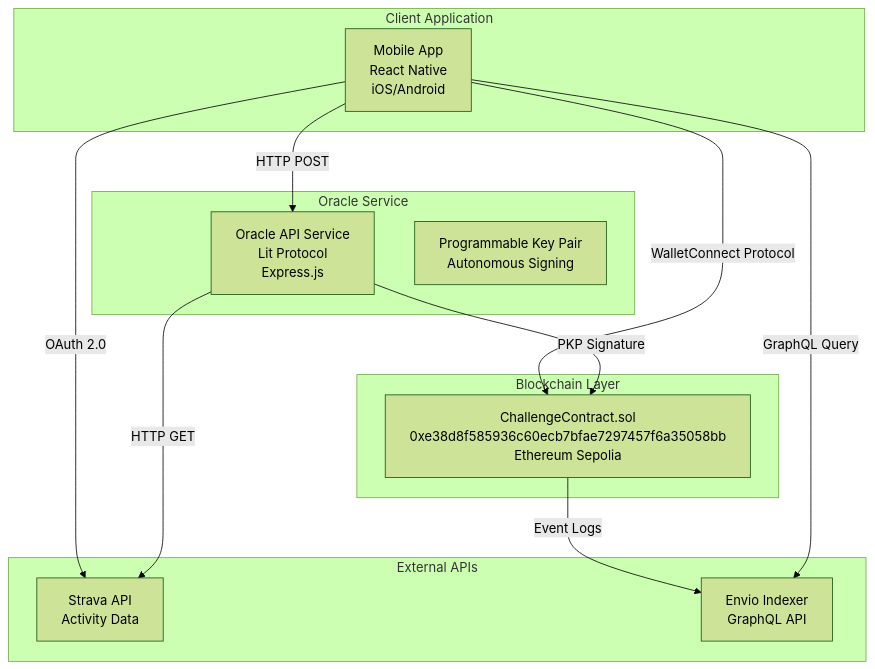
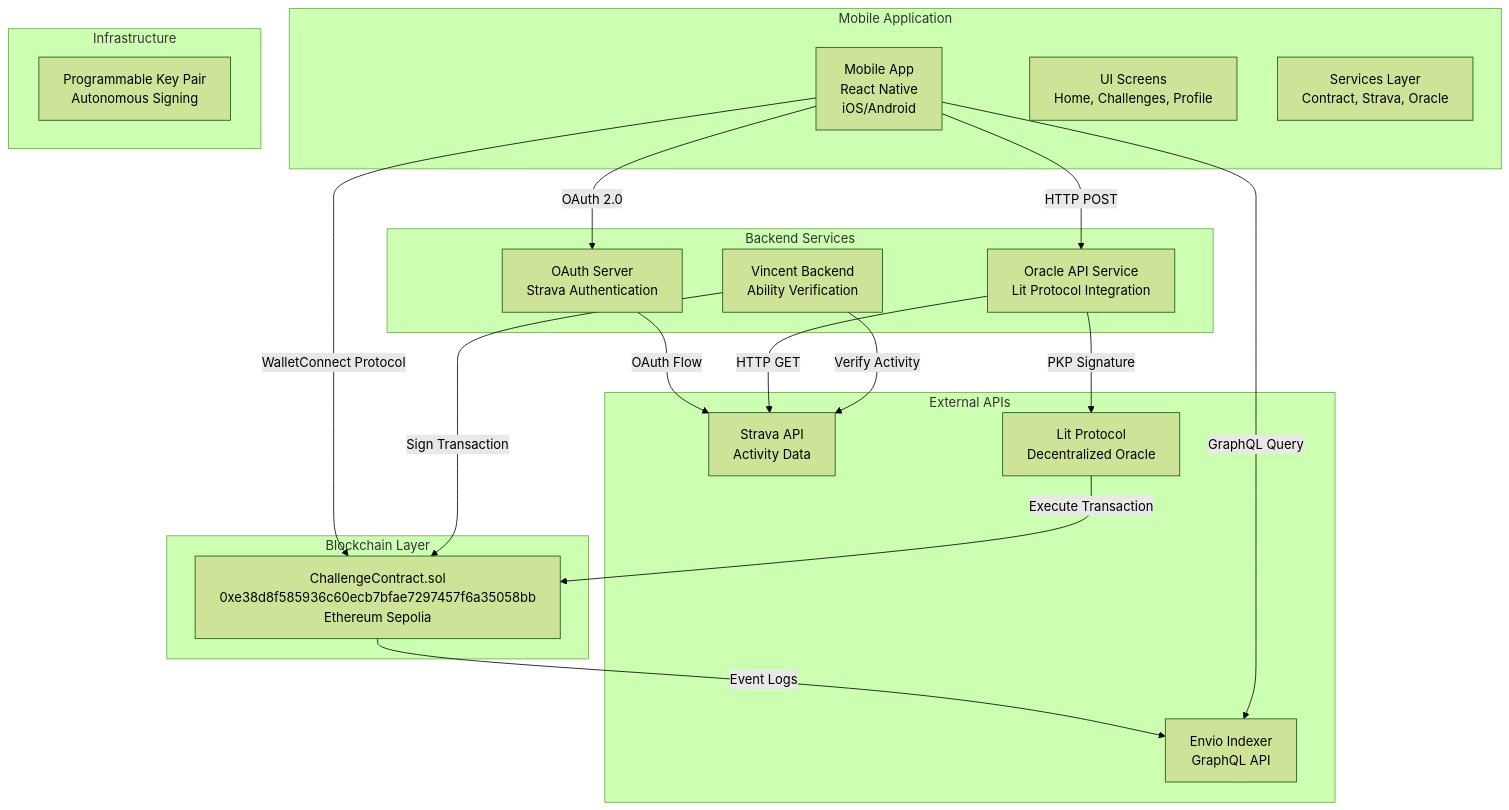
Before and after one commit to Kushagra1122/fitStake: the first of 4 diagrams in README.md, drawn with Mermaid (forest theme). The commit also changed other lines of this file, not shown here.

````diff
--- a/README.md
+++ b/README.md
@@ -55,28 +110,40 @@
 ```mermaid
 graph TB
-    subgraph "Client Application"
+    subgraph "Mobile Application"
         MobileApp[Mobile App<br/>React Native<br/>iOS/Android]
+        Screens[UI Screens<br/>Home, Challenges, Profile]
+        Services[Services Layer<br/>Contract, Strava, Oracle]
     end
     
     subgraph "Blockchain Layer"
         SmartContract[ChallengeContract.sol<br/>0xe38d8f585936c60ecb7bfae7297457f6a35058bb<br/>Ethereum Sepolia]
     end
     
-    subgraph "Oracle Service"
-        OracleBackend[Oracle API Service<br/>Lit Protocol<br/>Express.js]
-        PKPWallet[Programmable Key Pair<br/>Autonomous Signing]
+    subgraph "Backend Services"
+        OracleBackend[Oracle API Service<br/>Lit Protocol Integration]
+        VincentBackend[Vincent Backend<br/>Ability Verification]
+        OAuthServer[OAuth Server<br/>Strava Authentication]
     end
     
     subgraph "External APIs"
         StravaAPI[Strava API<br/>Activity Data]
+        LitProtocol[Lit Protocol<br/>Decentralized Oracle]
         EnvioIndexer[Envio Indexer<br/>GraphQL API]
     end
     
+    subgraph "Infrastructure"
+        PKPWallet[Programmable Key Pair<br/>Autonomous Signing]
+    end
+    
     MobileApp -->|WalletConnect Protocol| SmartContract
-    MobileApp -->|OAuth 2.0| StravaAPI
+    MobileApp -->|OAuth 2.0| OAuthServer
+    OAuthServer -->|OAuth Flow| StravaAPI
     MobileApp -->|HTTP POST| OracleBackend
     OracleBackend -->|HTTP GET| StravaAPI
-    OracleBackend -->|PKP Signature| SmartContract
+    OracleBackend -->|PKP Signature| LitProtocol
+    LitProtocol -->|Execute Transaction| SmartContract
     SmartContract -->|Event Logs| EnvioIndexer
     MobileApp -->|GraphQL Query| EnvioIndexer
+    VincentBackend -->|Verify Activity| StravaAPI
+    VincentBackend -->|Sign Transaction| SmartContract
 ```
````
